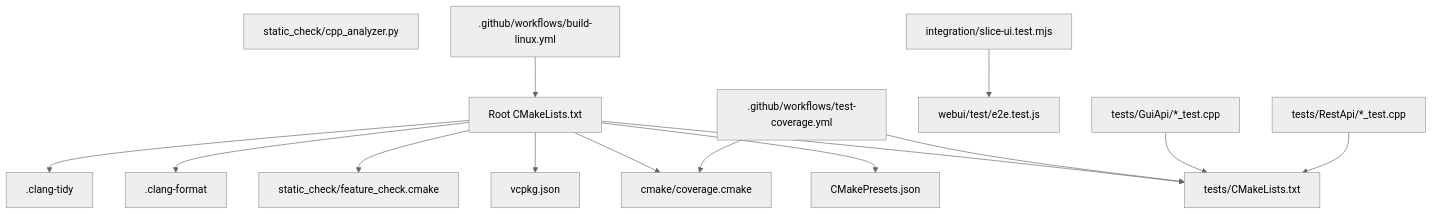
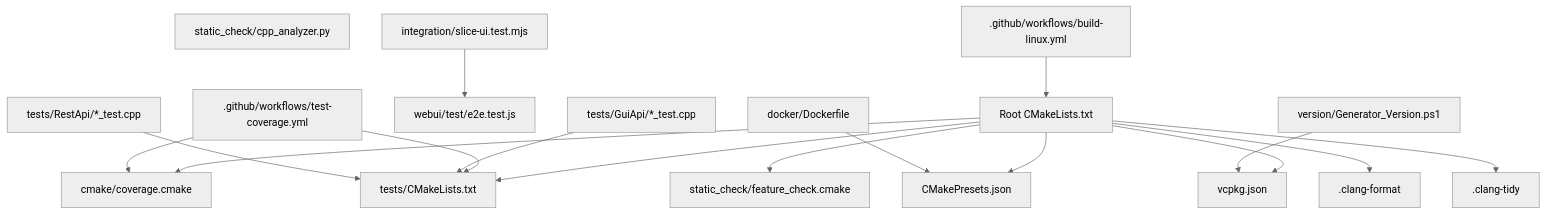
Before and after one commit to hsmbanlance/HsBaSlicer: the first of 9 diagrams in .qoder/repowiki/en/content/Development Testing & Contribution.md, drawn with Mermaid (neutral theme). The commit also changed other lines of this file and 66 other files, not shown here.

````diff
--- a/.qoder/repowiki/en/content/Development Testing & Contribution.md
+++ b/.qoder/repowiki/en/content/Development Testing & Contribution.md
@@ -64,31 +67,35 @@
 ```mermaid
 graph TB
 Root["Root CMakeLists.txt"]
 Presets["CMakePresets.json"]
 VCPKG["vcpkg.json"]
 Tests["tests/CMakeLists.txt"]
 Coverage["cmake/coverage.cmake"]
 StaticCheck["static_check/cpp_analyzer.py"]
 FeatureCheck["static_check/feature_check.cmake"]
 Format[".clang-format"]
 Lint[".clang-tidy"]
 CI_Linux[".github/workflows/build-linux.yml"]
 CI_Coverage[".github/workflows/test-coverage.yml"]
 Integration["integration/slice-ui.test.mjs"]
 WebUI_E2E["webui/test/e2e.test.js"]
 GUI_Tests["tests/GuiApi/*_test.cpp"]
 REST_Tests["tests/RestApi/*_test.cpp"]
+VersionGen["version/Generator_Version.ps1"]
+Docker["docker/Dockerfile"]
 Root --> Presets
 Root --> VCPKG
 Root --> Tests
 Root --> Coverage
 Root --> FeatureCheck
 Root --> Format
 Root --> Lint
 CI_Linux --> Root
 CI_Coverage --> Coverage
 CI_Coverage --> Tests
 Integration --> WebUI_E2E
 GUI_Tests --> Tests
 REST_Tests --> Tests
+VersionGen --> VCPKG
+Docker --> Presets
 ```
````
